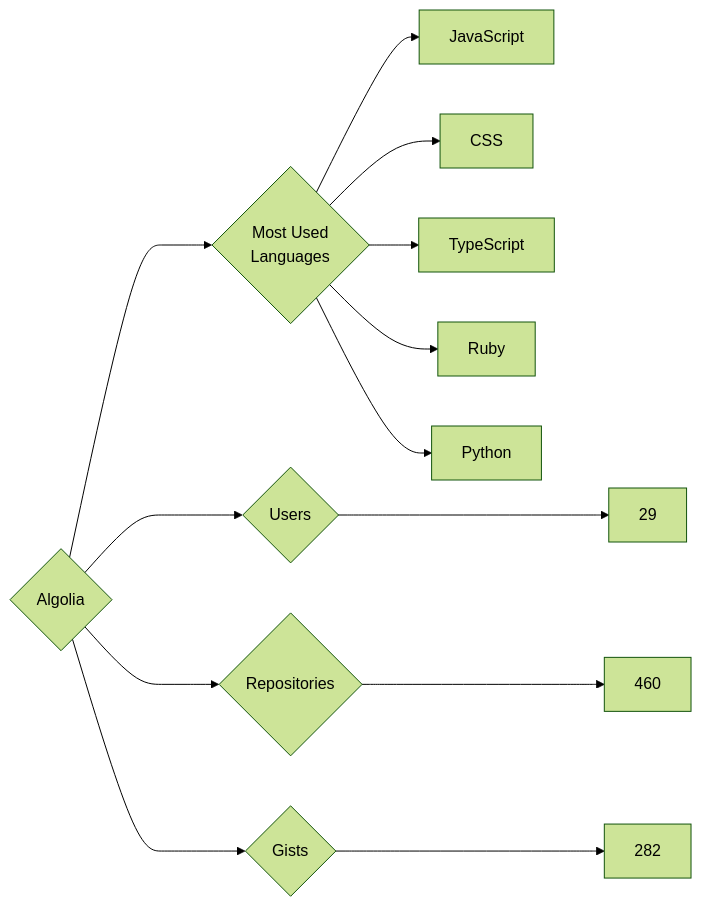
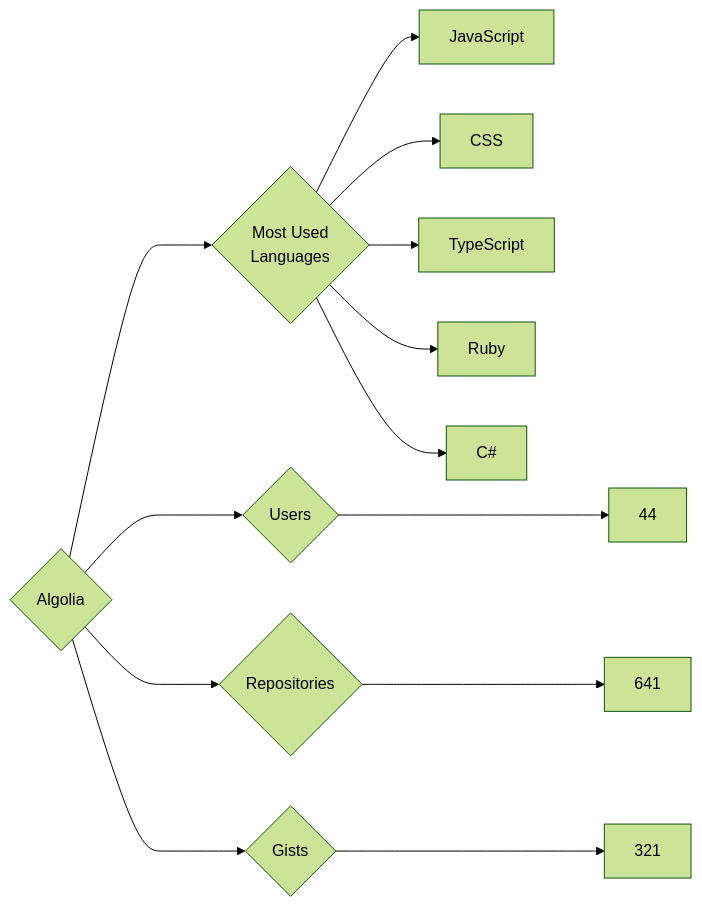
The diagram in targets/Algolia/README.md (trickest/insiders), drawn with Mermaid (forest theme) before and after one commit. The commit also changed 752 other files, not shown here.

````diff
--- a/targets/Algolia/README.md
+++ b/targets/Algolia/README.md
@@ -3,13 +3,13 @@
 ```mermaid
 graph LR
 COMPANY_NAME{Algolia}
-COMPANY_NAME ---> U{Users} ---> UN[29]
-COMPANY_NAME ---> R{Repositories} ---> RN[460]
-COMPANY_NAME ---> G{Gists} ---> GN[282]
+COMPANY_NAME ---> U{Users} ---> UN[44]
+COMPANY_NAME ---> R{Repositories} ---> RN[641]
+COMPANY_NAME ---> G{Gists} ---> GN[321]
 COMPANY_NAME ---> ML{Most Used<br>Languages}
 ML --> JavaScript[JavaScript]
 ML --> CSS[CSS]
 ML --> TypeScript[TypeScript]
 ML --> Ruby[Ruby]
-ML --> Python[Python]
+ML --> C#[C#]
 ```
````
